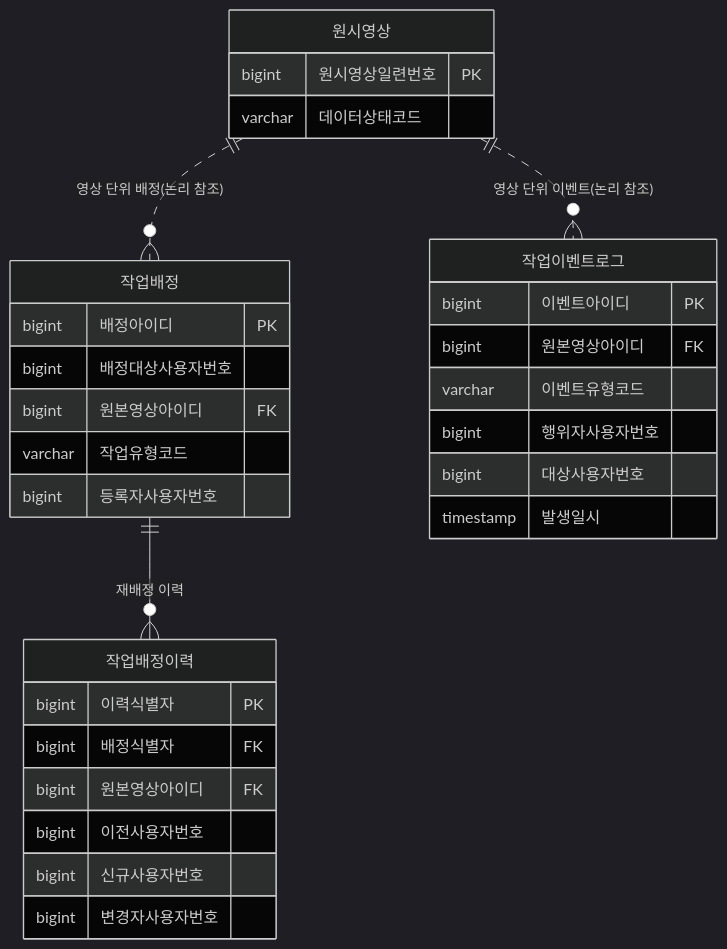
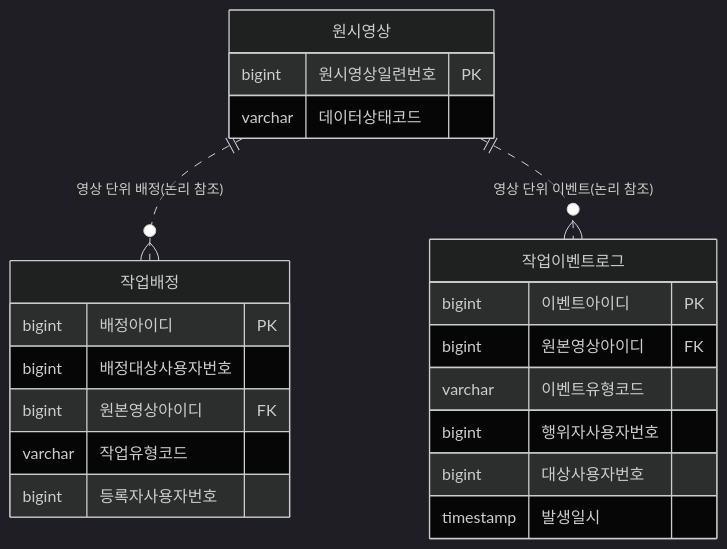
Before and after one commit to New-stella/klid-label: the seventh of 17 diagrams in docs/design/KLID_AT_엔티티관계모형설계서.md, drawn with Mermaid (dark theme). The commit also changed other lines of this file and 10 other files, not shown here.

````diff
--- a/docs/design/KLID_AT_엔티티관계모형설계서.md
+++ b/docs/design/KLID_AT_엔티티관계모형설계서.md
@@ -300,33 +273,24 @@
 ```mermaid
 erDiagram
-    작업배정 ||--o{ 작업배정이력 : "재배정 이력"
     원시영상 ||..o{ 작업배정 : "영상 단위 배정(논리 참조)"
     원시영상 ||..o{ 작업이벤트로그 : "영상 단위 이벤트(논리 참조)"
     원시영상 {
         bigint 원시영상일련번호 PK
         varchar 데이터상태코드
     }
     작업배정 {
         bigint 배정아이디 PK
         bigint 배정대상사용자번호
         bigint 원본영상아이디 FK
         varchar 작업유형코드
         bigint 등록자사용자번호
     }
-    작업배정이력 {
-        bigint 이력식별자 PK
-        bigint 배정식별자 FK
-        bigint 원본영상아이디 FK
-        bigint 이전사용자번호
-        bigint 신규사용자번호
-        bigint 변경자사용자번호
-    }
     작업이벤트로그 {
         bigint 이벤트아이디 PK
         bigint 원본영상아이디 FK
         varchar 이벤트유형코드
         bigint 행위자사용자번호
         bigint 대상사용자번호
         timestamp 발생일시
     }
 ```
````
